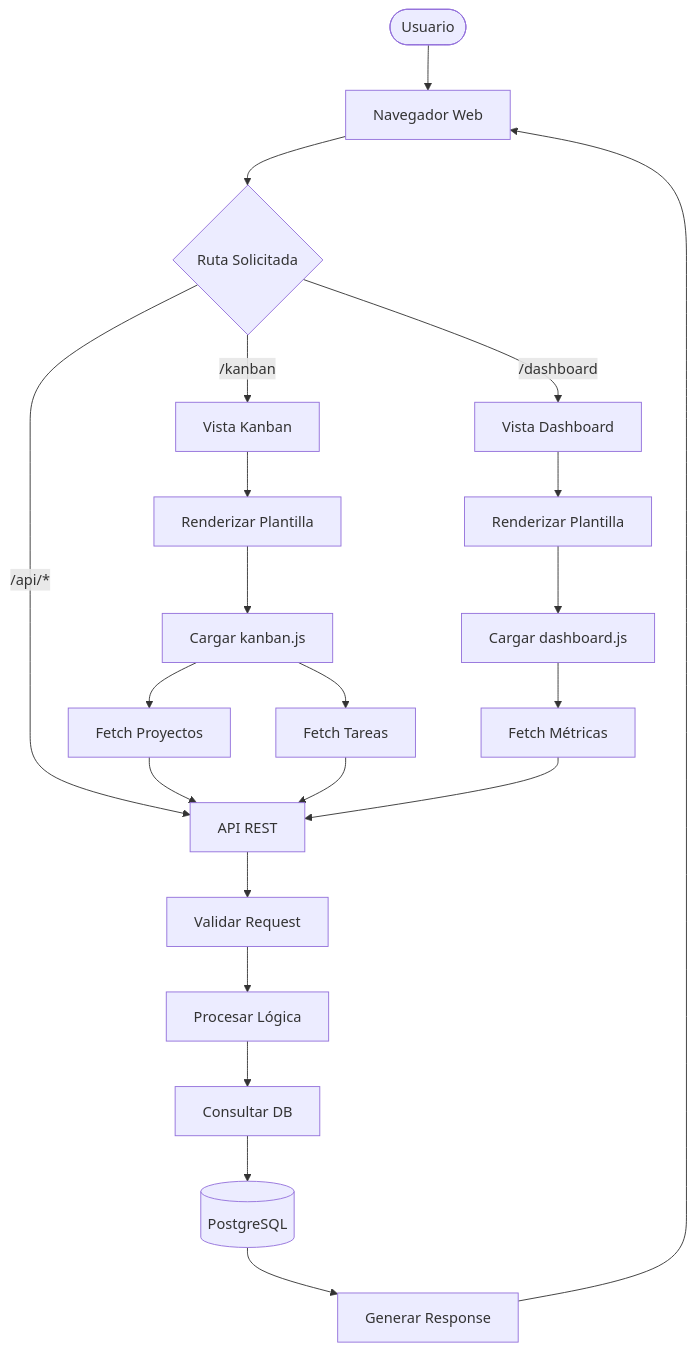
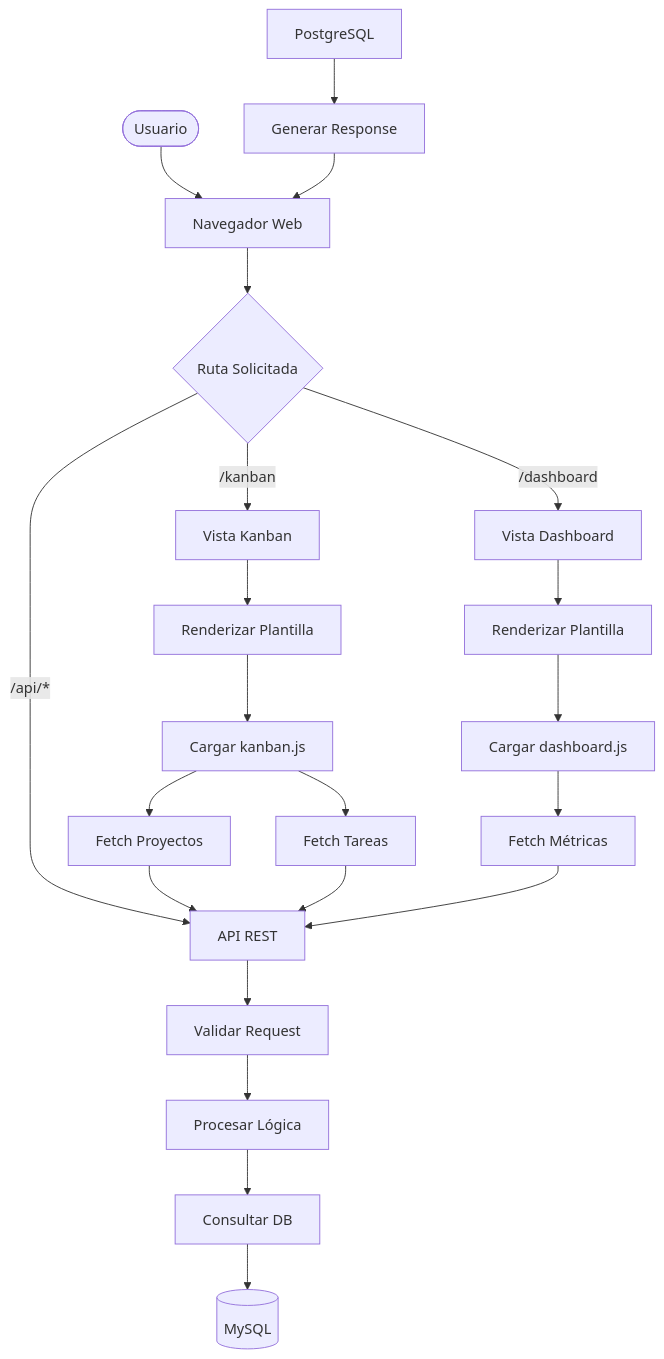
One commit to jhonsferg/Taskfusion changed the second of 3 diagrams in README.md. Above: the diagram before and after it, drawn with Mermaid. The commit also changed other lines of this file and 6 other files, not shown here.

First line of the commit message:
Migrate from PostgreSQL to MySQL

````diff
--- a/README.md
+++ b/README.md
@@ -772,32 +772,32 @@
 ```mermaid
 flowchart TD
     Start([Usuario]) --> Browser[Navegador Web]
     Browser --> Router{Ruta Solicitada}
 
     Router -->|/kanban| Kanban[Vista Kanban]
     Router -->|/dashboard| Dashboard[Vista Dashboard]
     Router -->|/api/*| API[API REST]
 
     Kanban --> RenderKanban[Renderizar Plantilla]
     Dashboard --> RenderDash[Renderizar Plantilla]
 
     RenderKanban --> LoadJS1[Cargar kanban.js]
     RenderDash --> LoadJS2[Cargar dashboard.js]
 
     LoadJS1 --> FetchProjects[Fetch Proyectos]
     LoadJS1 --> FetchTasks[Fetch Tareas]
     LoadJS2 --> FetchMetrics[Fetch Métricas]
 
     API --> ValidateRequest[Validar Request]
     FetchProjects --> API
     FetchTasks --> API
     FetchMetrics --> API
 
     ValidateRequest --> ProcessLogic[Procesar Lógica]
     ProcessLogic --> QueryDB[Consultar DB]
 
-    QueryDB --> PostgreSQL[(PostgreSQL)]
+    QueryDB --> MySQL[(MySQL)]
     PostgreSQL --> Response[Generar Response]
 
     Response --> Browser
 ```
````
